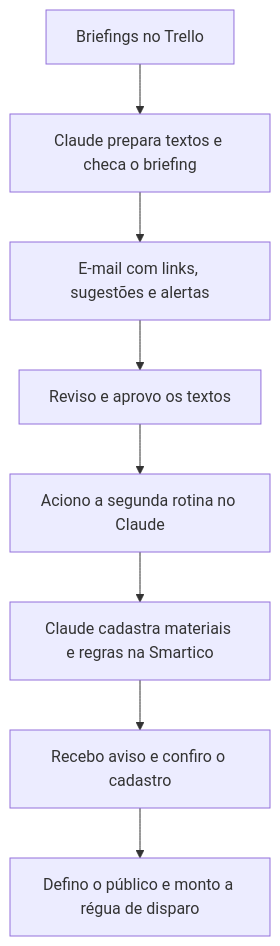
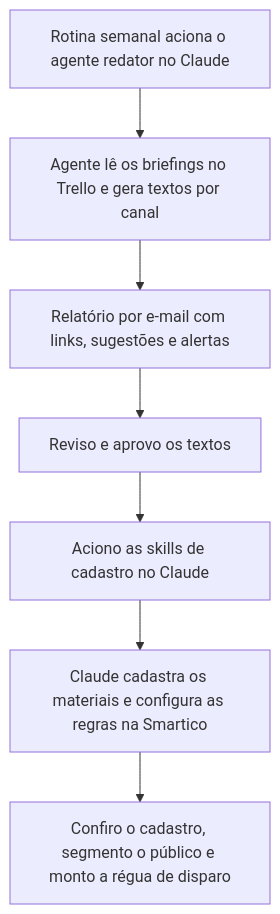
Before and after one commit to verasleonardo2000-create/portfolio-ai-builder: the diagram in automacao-crm-claude.md, drawn with Mermaid. The commit also changed other lines of this file and 1 other file, not shown here.

````diff
--- a/automacao-crm-claude.md
+++ b/automacao-crm-claude.md
@@ -10,10 +5,9 @@
 ```mermaid
 flowchart TD
-    A["Briefings no Trello"] --> B["Claude prepara textos e checa o briefing"]
-    B --> C["E-mail com links, sugestões e alertas"]
+    A["Rotina semanal aciona o agente redator no Claude"] --> B["Agente lê os briefings no Trello e gera textos por canal"]
+    B --> C["Relatório por e-mail com links, sugestões e alertas"]
     C --> D["Reviso e aprovo os textos"]
-    D --> E["Aciono a segunda rotina no Claude"]
-    E --> F["Claude cadastra materiais e regras na Smartico"]
-    F --> G["Recebo aviso e confiro o cadastro"]
-    G --> H["Defino o público e monto a régua de disparo"]
+    D --> E["Aciono as skills de cadastro no Claude"]
+    E --> F["Claude cadastra os materiais e configura as regras na Smartico"]
+    F --> G["Confiro o cadastro, segmento o público e monto a régua de disparo"]
 ```
````
